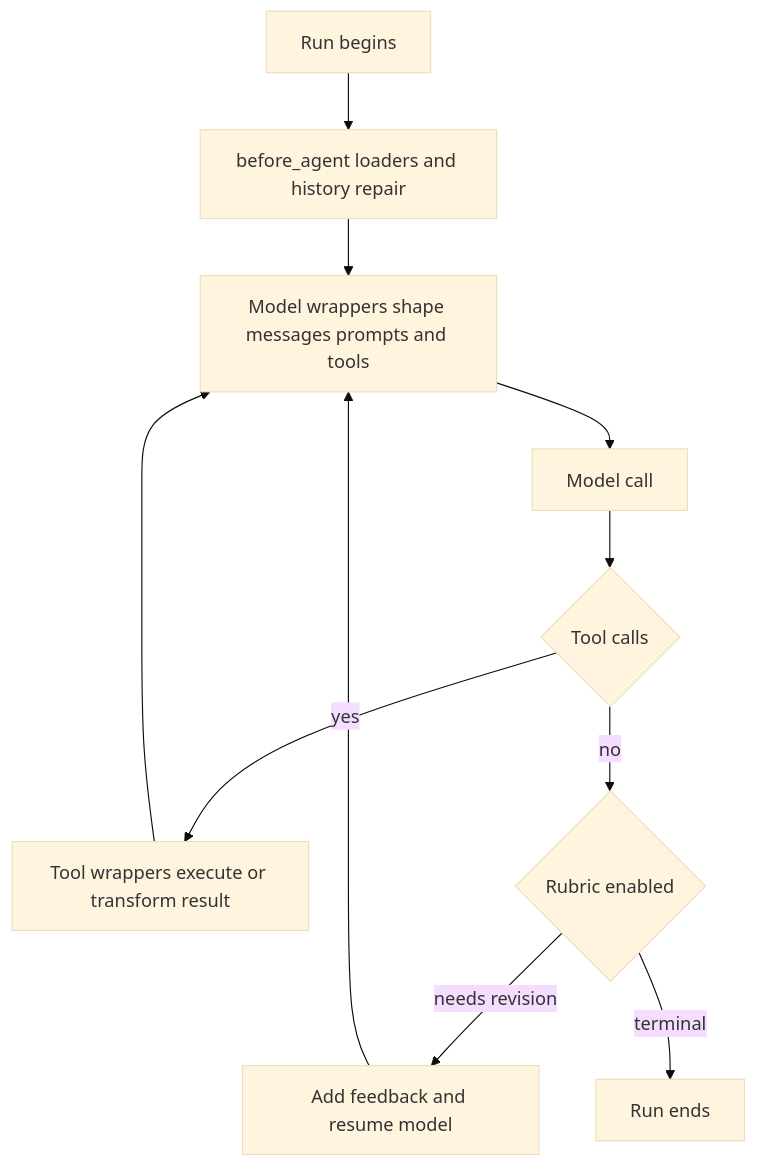
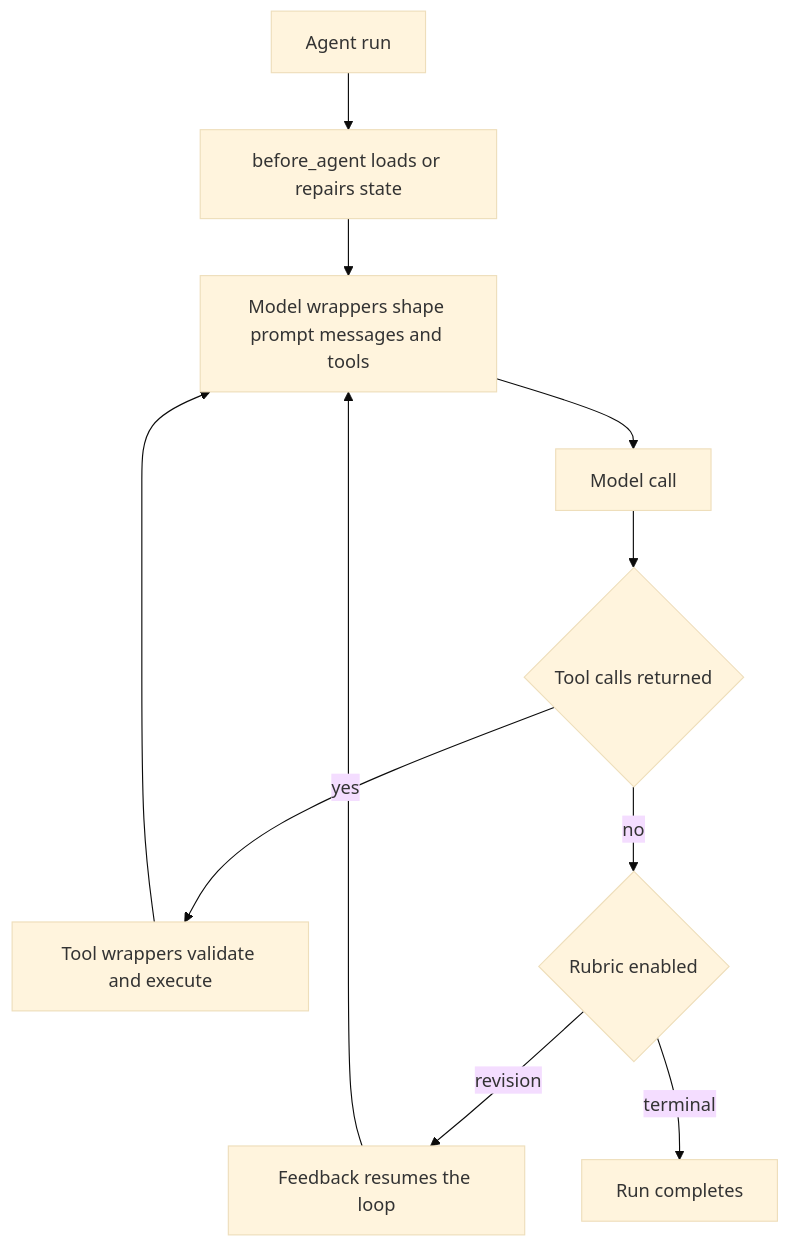
Before and after one commit to langchain-ai/deepagents: the diagram in openwiki/concepts/middleware-catalog.md, drawn with Mermaid (base theme). The commit also changed other lines of this file and 47 other files, not shown here.

````diff
--- a/openwiki/concepts/middleware-catalog.md
+++ b/openwiki/concepts/middleware-catalog.md
@@ -63,13 +37,13 @@
 ```mermaid
 flowchart TD
-    Begin["Run begins"] --> Before["before_agent loaders and history repair"]
-    Before --> Request["Model wrappers shape messages prompts and tools"]
+    Start["Agent run"] --> Load["before_agent loads or repairs state"]
+    Load --> Request["Model wrappers shape prompt messages and tools"]
     Request --> Model["Model call"]
-    Model --> Calls{"Tool calls"}
-    Calls -->|"yes"| Tool["Tool wrappers execute or transform result"]
-    Tool --> Request
-    Calls -->|"no"| Review{"Rubric enabled"}
-    Review -->|"needs revision"| Feedback["Add feedback and resume model"]
+    Model --> Decision{"Tool calls returned"}
+    Decision -->|"yes"| Execute["Tool wrappers validate and execute"]
+    Execute --> Request
+    Decision -->|"no"| Review{"Rubric enabled"}
+    Review -->|"revision"| Feedback["Feedback resumes the loop"]
     Feedback --> Request
-    Review -->|"terminal"| Done["Run ends"]
+    Review -->|"terminal"| Finish["Run completes"]
 ```
````
